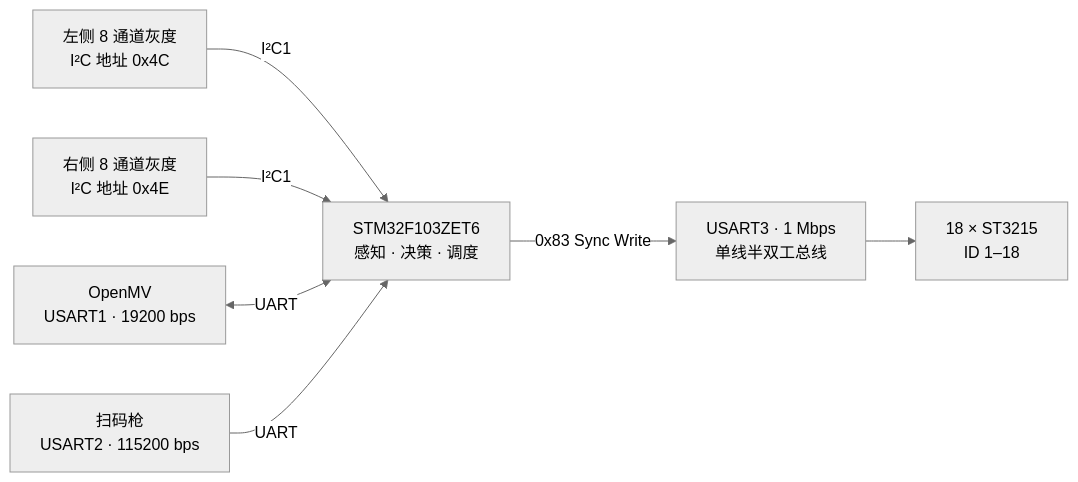
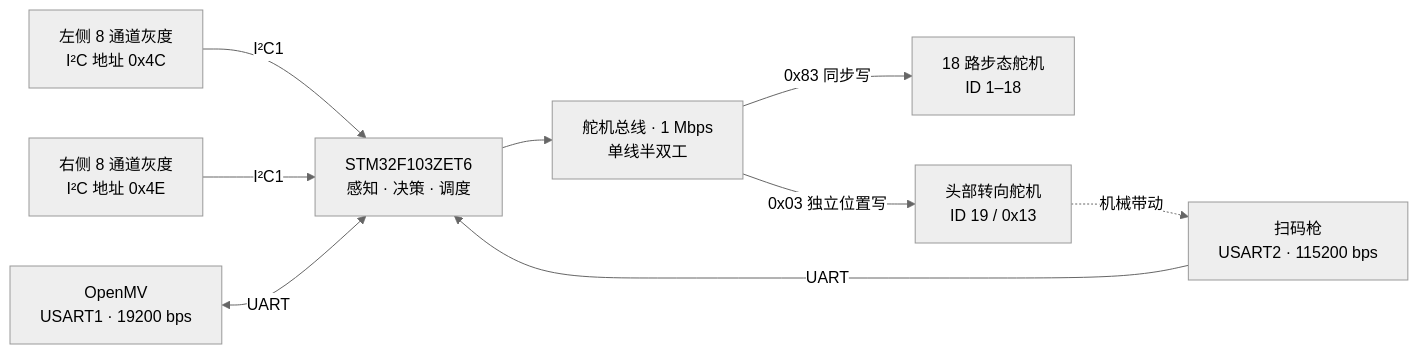
The diagram in README.md (MAZB-YZI/humanoid-line-following), drawn with Mermaid (neutral theme) before and after one commit. The commit also changed other lines of this file, not shown here.

Commit message:
docs: clarify 19-servo control architecture

````diff
--- a/README.md
+++ b/README.md
@@ -26,17 +27,20 @@
 ```mermaid
 flowchart LR
     GL[左侧 8 通道灰度<br/>I²C 地址 0x4C]
     GR[右侧 8 通道灰度<br/>I²C 地址 0x4E]
     CAM[OpenMV<br/>USART1 · 19200 bps]
     CODE[扫码枪<br/>USART2 · 115200 bps]
     MCU[STM32F103ZET6<br/>感知 · 决策 · 调度]
-    BUS[USART3 · 1 Mbps<br/>单线半双工总线]
-    SERVO[18 × ST3215<br/>ID 1–18]
+    BUS[舵机总线 · 1 Mbps<br/>单线半双工]
+    BODY[18 路步态舵机<br/>ID 1–18]
+    HEAD[头部转向舵机<br/>ID 19 / 0x13]
 
     GL -->|I²C1| MCU
     GR -->|I²C1| MCU
     CAM <-->|UART| MCU
     CODE -->|UART| MCU
-    MCU -->|0x83 Sync Write| BUS
-    BUS --> SERVO
+    MCU --> BUS
+    BUS -->|0x83 同步写| BODY
+    BUS -->|0x03 独立位置写| HEAD
+    HEAD -.机械带动.-> CODE
 ```
````
